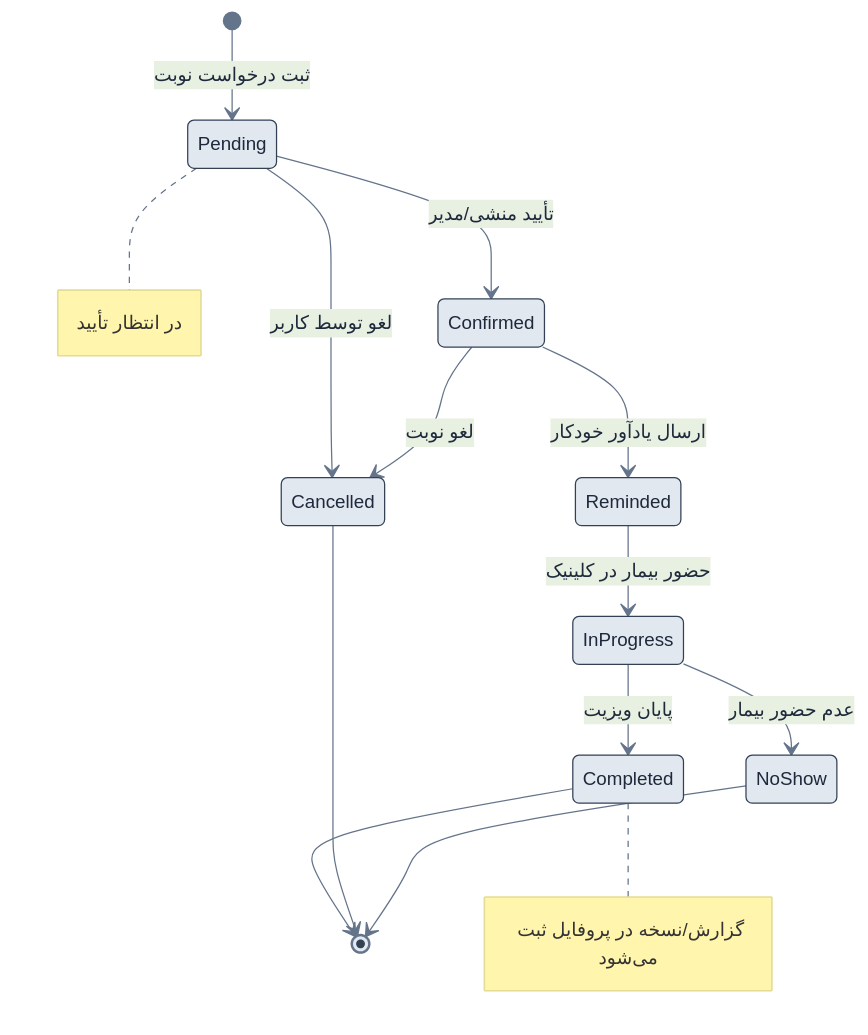
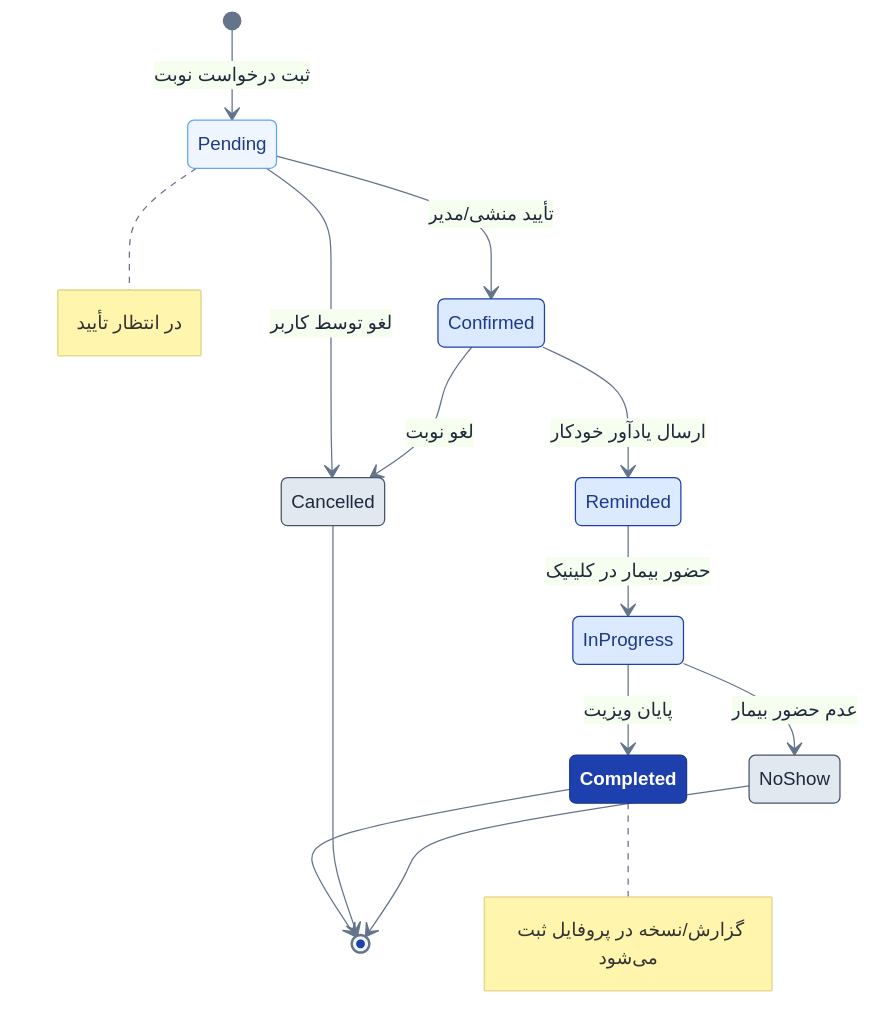
The diagram in docs/diagrams/v2/09_state_appointment.mmd (Mreza-mh/echo_prj), drawn with Mermaid before and after one commit. The commit also changed 20 other files, not shown here.

Commit message:
update mmd diagrams, echo history service, front/back configs

```diff
--- a/docs/diagrams/v2/09_state_appointment.mmd
+++ b/docs/diagrams/v2/09_state_appointment.mmd
@@ -1,24 +1,34 @@
-%%{init: {'theme':'base', 'themeVariables': {'primaryColor':'#e2e8f0','primaryBorderColor':'#334155','primaryTextColor':'#1e293b','lineColor':'#64748b','fontSize':'15px'}}}%%
+%%{init: {'theme':'base', 'themeVariables': {'primaryColor':'#eff6ff','primaryBorderColor':'#1e40af','primaryTextColor':'#1e293b','lineColor':'#64748b','fontSize':'15px'}}}%%
 stateDiagram-v2
+    classDef pending fill:#eff6ff,stroke:#60a5fa,color:#1e3a8a
+    classDef active fill:#dbeafe,stroke:#1e40af,color:#1e3a8a
+    classDef success fill:#1e40af,stroke:#1e3a8a,color:#ffffff,font-weight:bold
+    classDef failure fill:#e2e8f0,stroke:#475569,color:#1e293b
+
     [*] --> Pending : ثبت درخواست نوبت
 
     Pending --> Confirmed : تأیید منشی/مدیر
     Pending --> Cancelled : لغو توسط کاربر
 
     Confirmed --> Reminded : ارسال یادآور خودکار
     Reminded --> InProgress : حضور بیمار در کلینیک
     Confirmed --> Cancelled : لغو نوبت
 
     InProgress --> Completed : پایان ویزیت
     InProgress --> NoShow : عدم حضور بیمار
 
     Completed --> [*]
     Cancelled --> [*]
     NoShow --> [*]
 
+    class Pending pending
+    class Confirmed,Reminded,InProgress active
+    class Completed success
+    class Cancelled,NoShow failure
+
     note right of Pending
         در انتظار تأیید
     end note
     note right of Completed
         گزارش/نسخه در پروفایل ثبت می‌شود
     end note
```
